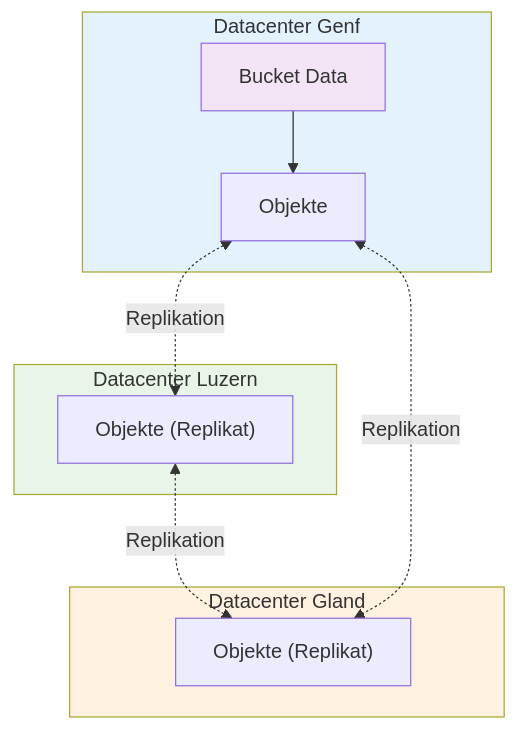
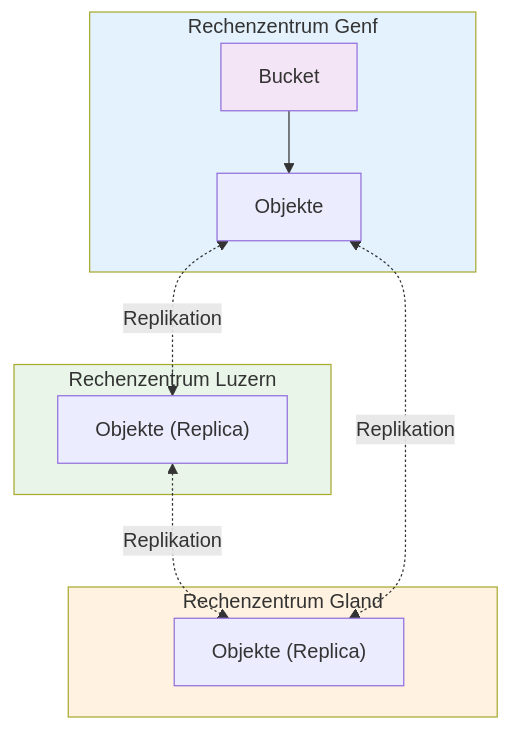
Before and after one commit to HidoraSwiss/hikube-public-doc: the diagram in i18n/de/docusaurus-plugin-content-docs/current/services/storage/buckets/overview.md, drawn with Mermaid. The commit also changed other lines of this file and 148 other files, not shown here.

````diff
--- a/i18n/de/docusaurus-plugin-content-docs/current/services/storage/buckets/overview.md
+++ b/i18n/de/docusaurus-plugin-content-docs/current/services/storage/buckets/overview.md
@@ -36,25 +49,25 @@
 ```mermaid
 flowchart TD
-    subgraph DC1["Datacenter Genf"]
-        B1["Bucket Data"]
+    subgraph DC1["Rechenzentrum Genf"]
+        B1["Bucket"]
         S1["Objekte"]
     end
 
-    subgraph DC2["Datacenter Luzern"]
-        S2["Objekte (Replikat)"]
+    subgraph DC2["Rechenzentrum Luzern"]
+        S2["Objekte (Replica)"]
     end
 
-    subgraph DC3["Datacenter Gland"]
-        S3["Objekte (Replikat)"]
+    subgraph DC3["Rechenzentrum Gland"]
+        S3["Objekte (Replica)"]
     end
 
     B1 --> S1
     S1 <-.->|"Replikation"| S2
     S2 <-.->|"Replikation"| S3
     S1 <-.->|"Replikation"| S3
 
     style DC1 fill:#e3f2fd
     style DC2 fill:#e8f5e8
     style DC3 fill:#fff2e1
     style B1 fill:#f3e5f5
 ```
````
